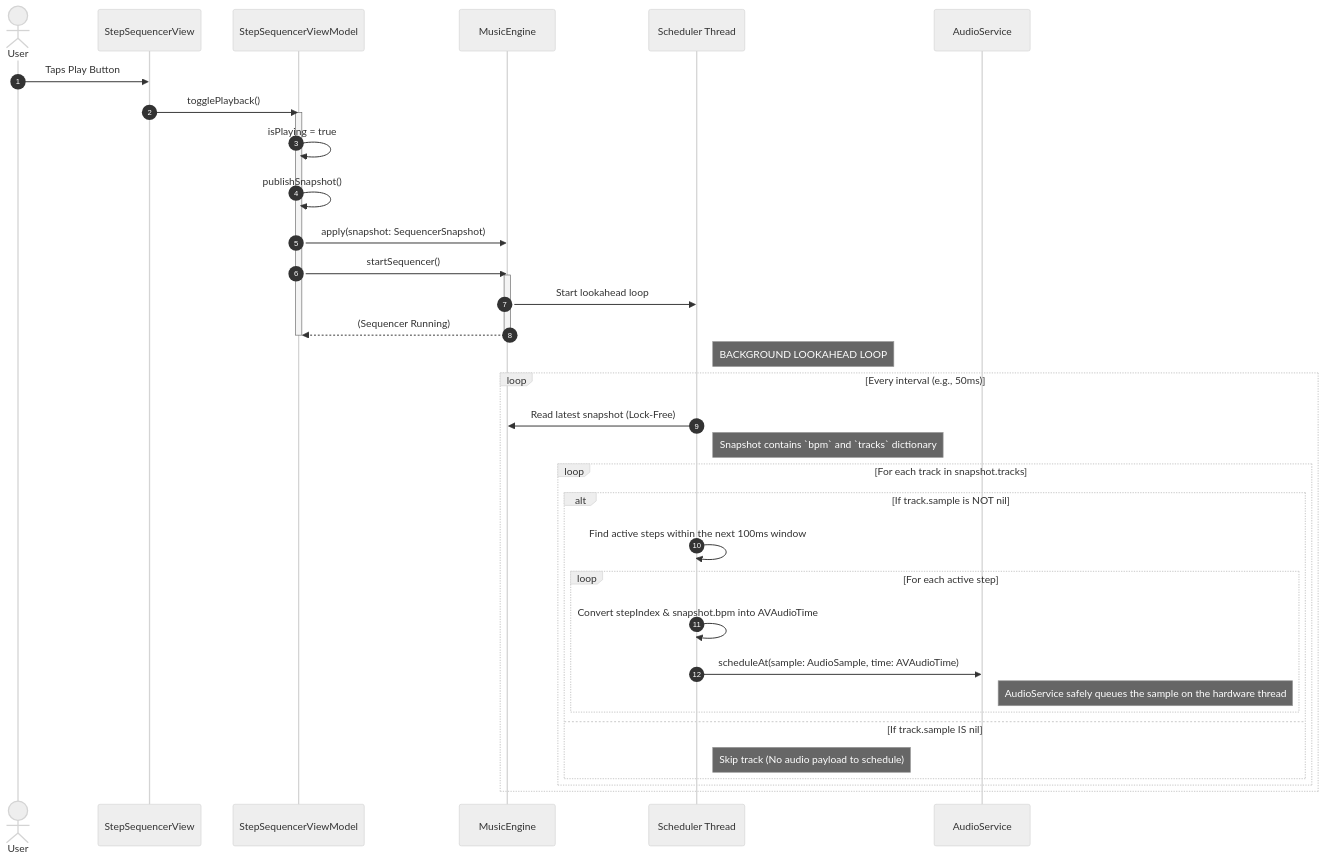
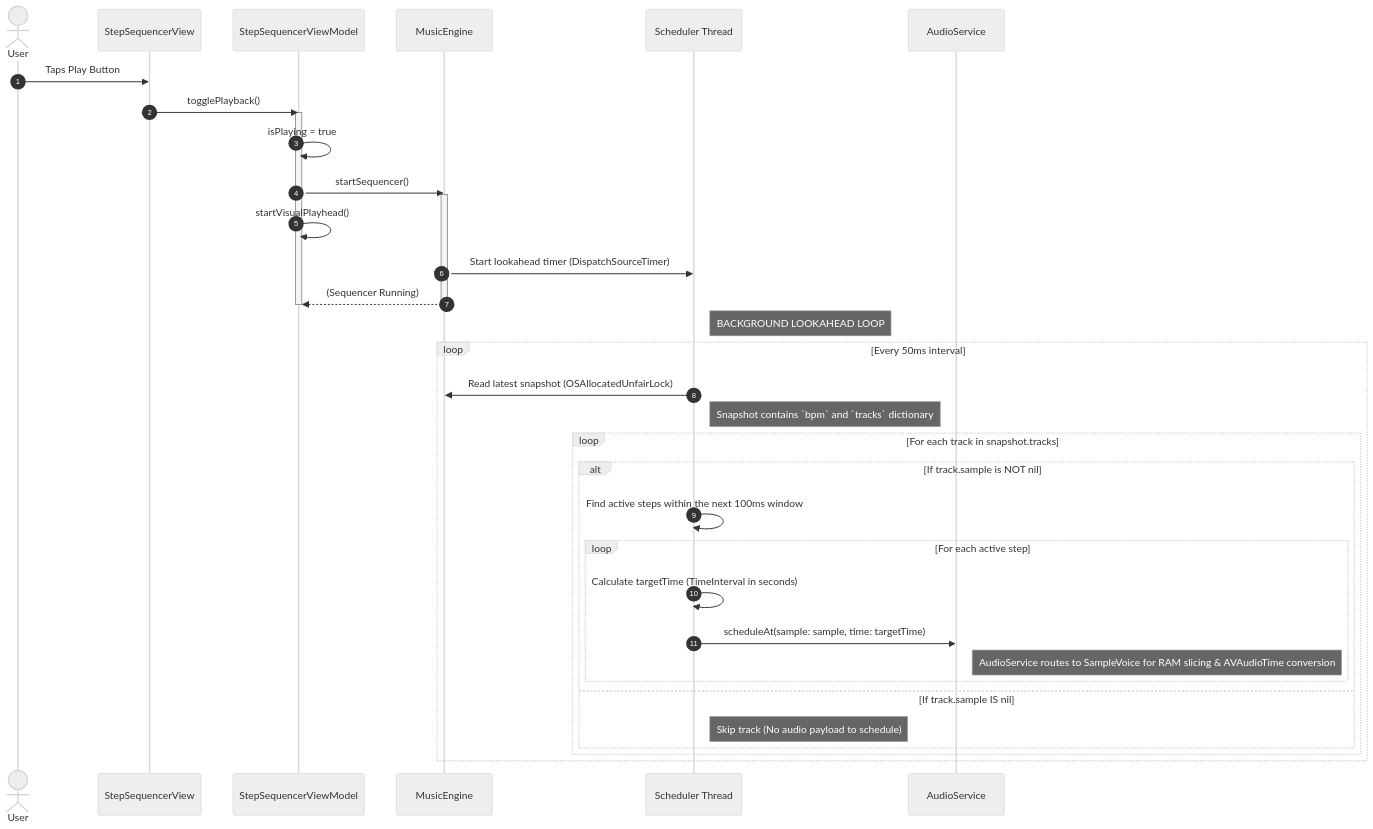
The diagram in docs/sequence diagrams/StepSequencer/initialize_playback.mmd (cs3217-2526/group-project-metrojuicepaak), drawn with Mermaid (neutral theme) before and after one commit. The commit also changed 12 other files, not shown here.

Commit message:
Update sequence diagrams for Step Sequencer

```diff
--- a/docs/sequence diagrams/StepSequencer/initialize_playback.mmd
+++ b/docs/sequence diagrams/StepSequencer/initialize_playback.mmd
@@ -1,51 +1,48 @@
 sequenceDiagram
     autonumber
     actor User
     participant View as StepSequencerView
     participant VM as StepSequencerViewModel
     participant Engine as MusicEngine
     participant Thread as Scheduler Thread
     participant AS as AudioService
 
     User->>View: Taps Play Button
     View->>VM: togglePlayback()
     activate VM
     
     VM->>VM: isPlaying = true
     
-    %% Publish initial state
-    VM->>VM: publishSnapshot()
-    VM->>Engine: apply(snapshot: SequencerSnapshot)
-    
-    %% Ignite the engine
+    %% Ignite the engine and UI metronome
     VM->>Engine: startSequencer()
     activate Engine
+    VM->>VM: startVisualPlayhead()
     
     %% Kick off the background loop
-    Engine->>Thread: Start lookahead loop
+    Engine->>Thread: Start lookahead timer (DispatchSourceTimer)
     
     Engine-->>VM: (Sequencer Running)
     deactivate Engine
     deactivate VM
     
     %% The Continuous Scheduling Loop
     note right of Thread: BACKGROUND LOOKAHEAD LOOP
-    loop Every interval (e.g., 50ms)
-        Thread->>Engine: Read latest snapshot (Lock-Free)
+    loop Every 50ms interval
+        Thread->>Engine: Read latest snapshot (OSAllocatedUnfairLock)
         note right of Thread: Snapshot contains `bpm` and `tracks` dictionary
         
         loop For each track in snapshot.tracks
             alt If track.sample is NOT nil
                 Thread->>Thread: Find active steps within the next 100ms window
                 
                 loop For each active step
-                    Thread->>Thread: Convert stepIndex & snapshot.bpm into AVAudioTime
-                    Thread->>AS: scheduleAt(sample: AudioSample, time: AVAudioTime)
-                    note right of AS: AudioService safely queues the sample on the hardware thread
+                    Thread->>Thread: Calculate targetTime (TimeInterval in seconds)
+                    Thread->>AS: scheduleAt(sample: sample, time: targetTime)
+                    note right of AS: AudioService routes to SampleVoice for RAM slicing & AVAudioTime conversion
                 end
                 
             else If track.sample IS nil
                 note right of Thread: Skip track (No audio payload to schedule)
             end
         end
     end
```
